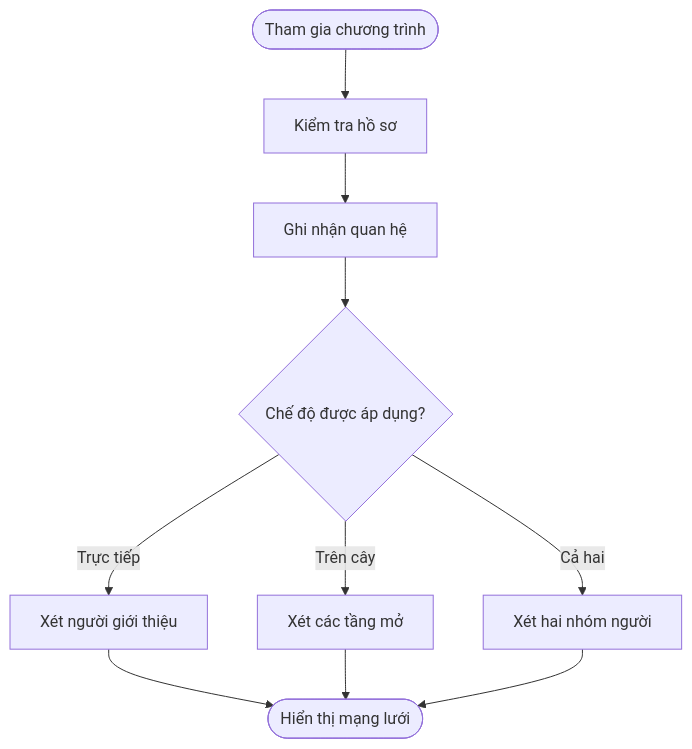
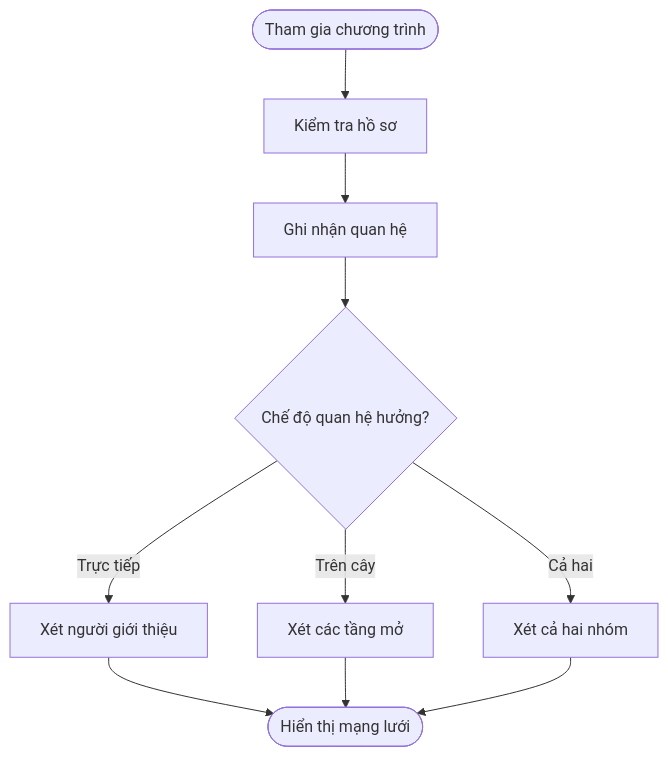
The second of 10 diagrams in nexora/docs/business/oneqr-sponsor-override.md (vlink-group/VlinkPay), drawn with Mermaid before and after one commit. The commit also changed other lines of this file, not shown here.

````diff
--- a/nexora/docs/business/oneqr-sponsor-override.md
+++ b/nexora/docs/business/oneqr-sponsor-override.md
@@ -135,12 +165,12 @@
 ```mermaid
 flowchart TD
     A([Tham gia chương trình]) --> B[Kiểm tra hồ sơ]
     B --> C[Ghi nhận quan hệ]
-    C --> D{Chế độ được áp dụng?}
+    C --> D{Chế độ quan hệ hưởng?}
     D -- Trực tiếp --> E[Xét người giới thiệu]
     D -- Trên cây --> F[Xét các tầng mở]
-    D -- Cả hai --> G[Xét hai nhóm người]
+    D -- Cả hai --> G[Xét cả hai nhóm]
     E --> H([Hiển thị mạng lưới])
     F --> H
     G --> H
 ```
````
